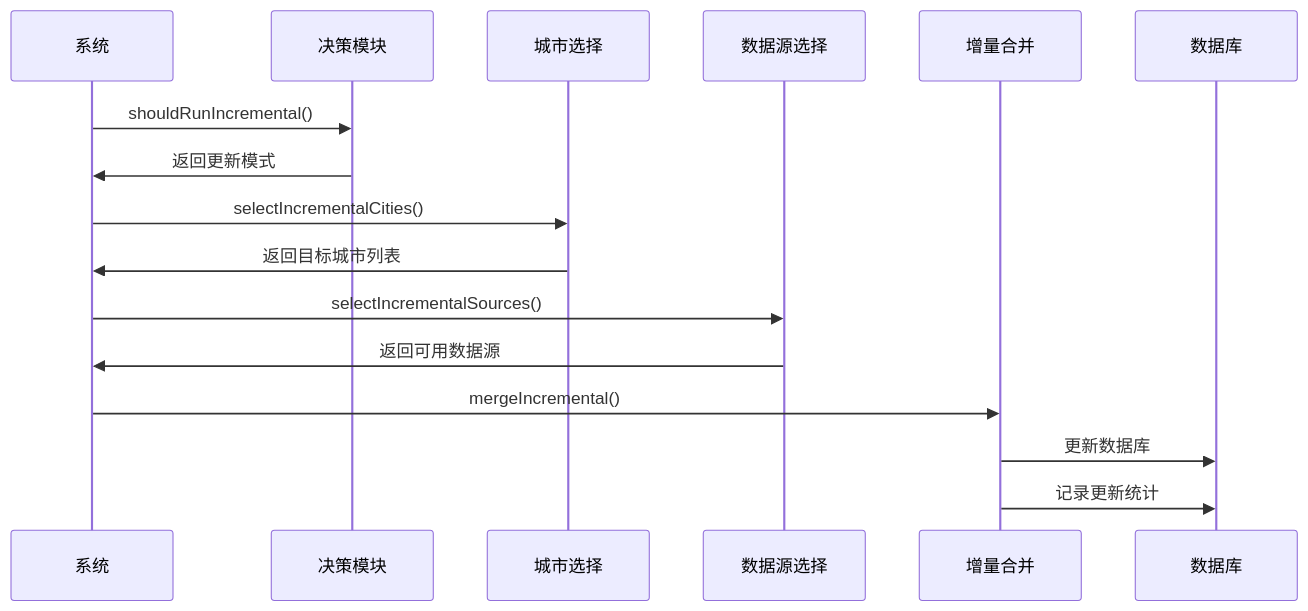
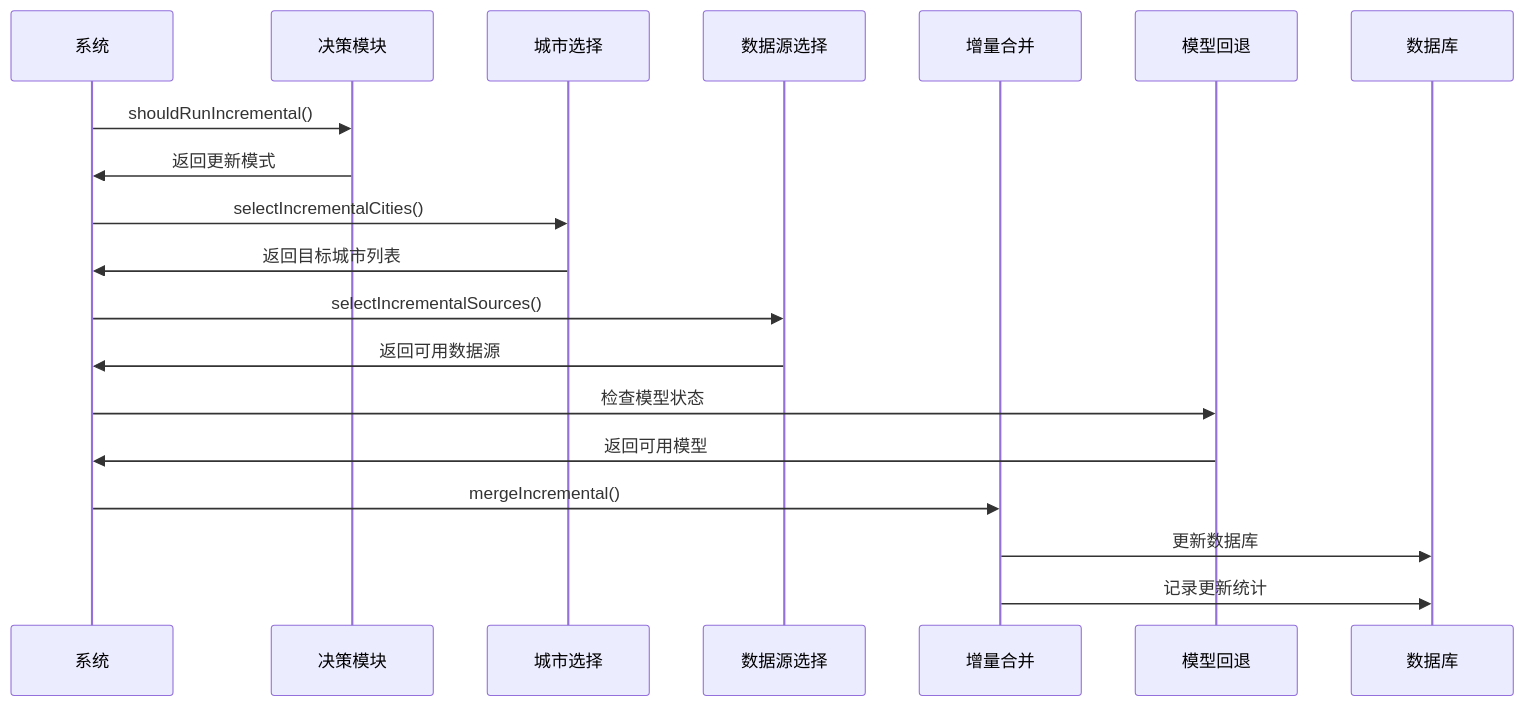
One commit to ititjjy/AITrip-plan changed the ninth of 13 diagrams in .qoder/repowiki/zh/content/AI数据采集系统/AI数据采集系统.md. Above: the diagram before and after it, drawn with Mermaid. The commit also changed other lines of this file and 17 other files, not shown here.

````diff
--- a/.qoder/repowiki/zh/content/AI数据采集系统/AI数据采集系统.md
+++ b/.qoder/repowiki/zh/content/AI数据采集系统/AI数据采集系统.md
@@ -428,18 +504,21 @@
 ```mermaid
 sequenceDiagram
 participant System as 系统
 participant Decision as 决策模块
 participant Cities as 城市选择
 participant Sources as 数据源选择
 participant Merge as 增量合并
+participant ModelFallback as 模型回退
 participant DB as 数据库
 System->>Decision : shouldRunIncremental()
 Decision->>System : 返回更新模式
 System->>Cities : selectIncrementalCities()
 Cities->>System : 返回目标城市列表
 System->>Sources : selectIncrementalSources()
 Sources->>System : 返回可用数据源
+System->>ModelFallback : 检查模型状态
+ModelFallback->>System : 返回可用模型
 System->>Merge : mergeIncremental()
 Merge->>DB : 更新数据库
 Merge->>DB : 记录更新统计
 ```
````
